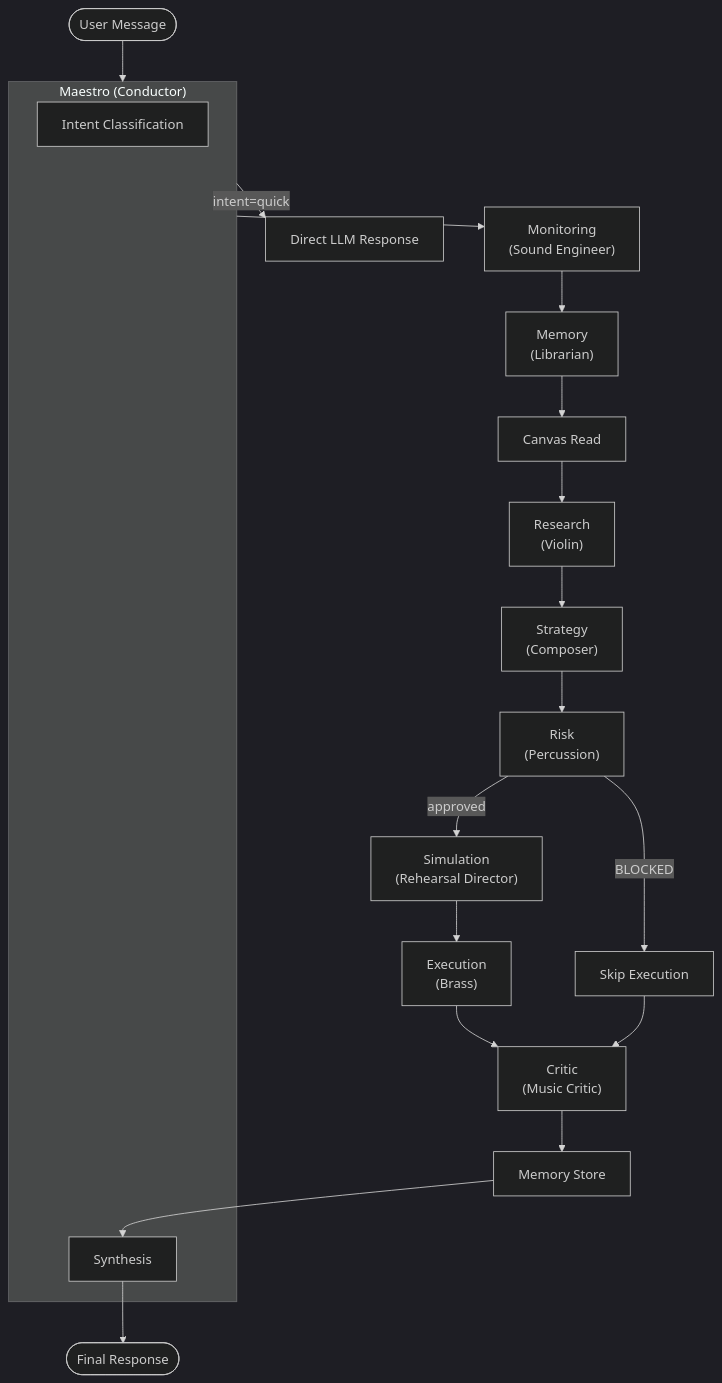
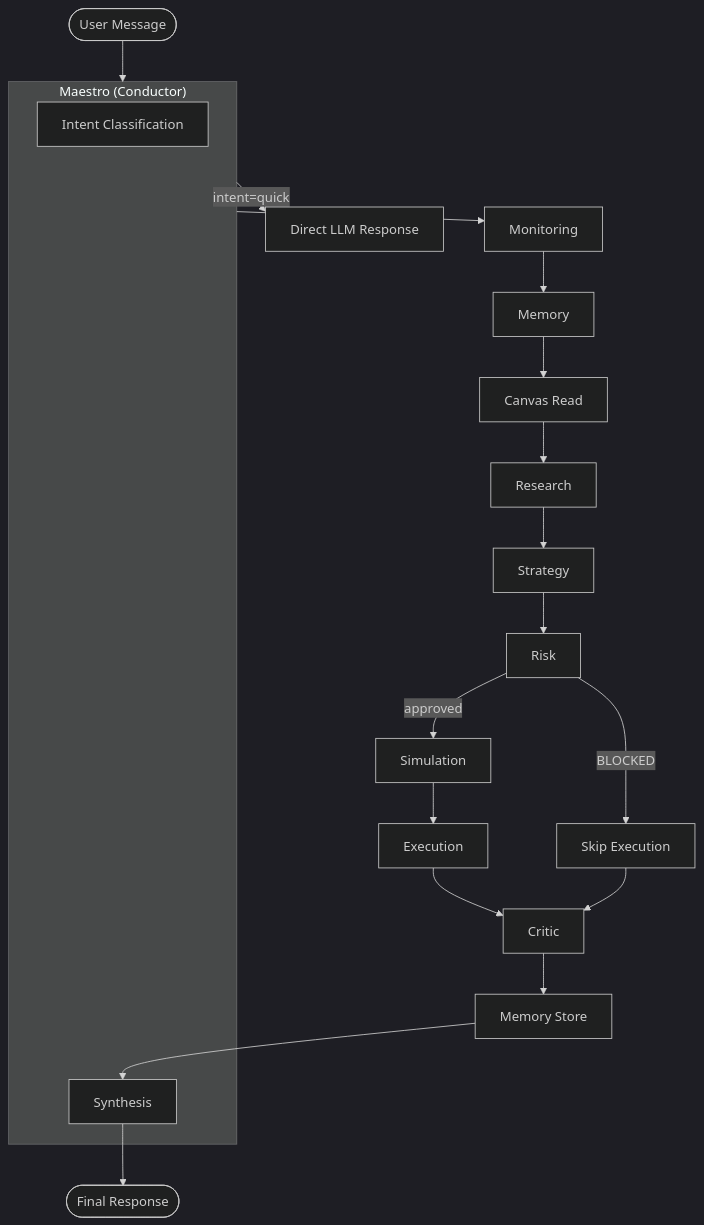
Before and after one commit to TradeWithOsmo/osmo-backend: the diagram in README.md, drawn with Mermaid (dark theme). The commit also changed other lines of this file, not shown here.

````diff
--- a/README.md
+++ b/README.md
@@ -146,26 +150,25 @@
 ```mermaid
 graph TB
     User([User Message]) --> Maestro
 
     subgraph Maestro["Maestro (Conductor)"]
         Intent[Intent Classification]
         Synth[Synthesis]
     end
 
     Maestro --> |"intent=quick"| Quick[Direct LLM Response]
-
-    Maestro --> Monitor["Monitoring<br/>(Sound Engineer)"]
-    Monitor --> Memory["Memory<br/>(Librarian)"]
+    Maestro --> Monitor["Monitoring"]
+    Monitor --> Memory["Memory"]
     Memory --> Canvas[Canvas Read]
-    Canvas --> Research["Research<br/>(Violin)"]
-    Research --> Strategy["Strategy<br/>(Composer)"]
-    Strategy --> Risk["Risk<br/>(Percussion)"]
-    Risk --> |approved| Simulation["Simulation<br/>(Rehearsal Director)"]
+    Canvas --> Research["Research"]
+    Research --> Strategy["Strategy"]
+    Strategy --> Risk["Risk"]
+    Risk --> |approved| Simulation["Simulation"]
     Risk --> |"BLOCKED"| SkipExec["Skip Execution"]
-    Simulation --> Execution["Execution<br/>(Brass)"]
-    Execution --> Critic["Critic<br/>(Music Critic)"]
+    Simulation --> Execution["Execution"]
+    Execution --> Critic["Critic"]
     SkipExec --> Critic
     Critic --> MemStore["Memory Store"]
     MemStore --> Synth
     Synth --> Response([Final Response])
 ```
````
